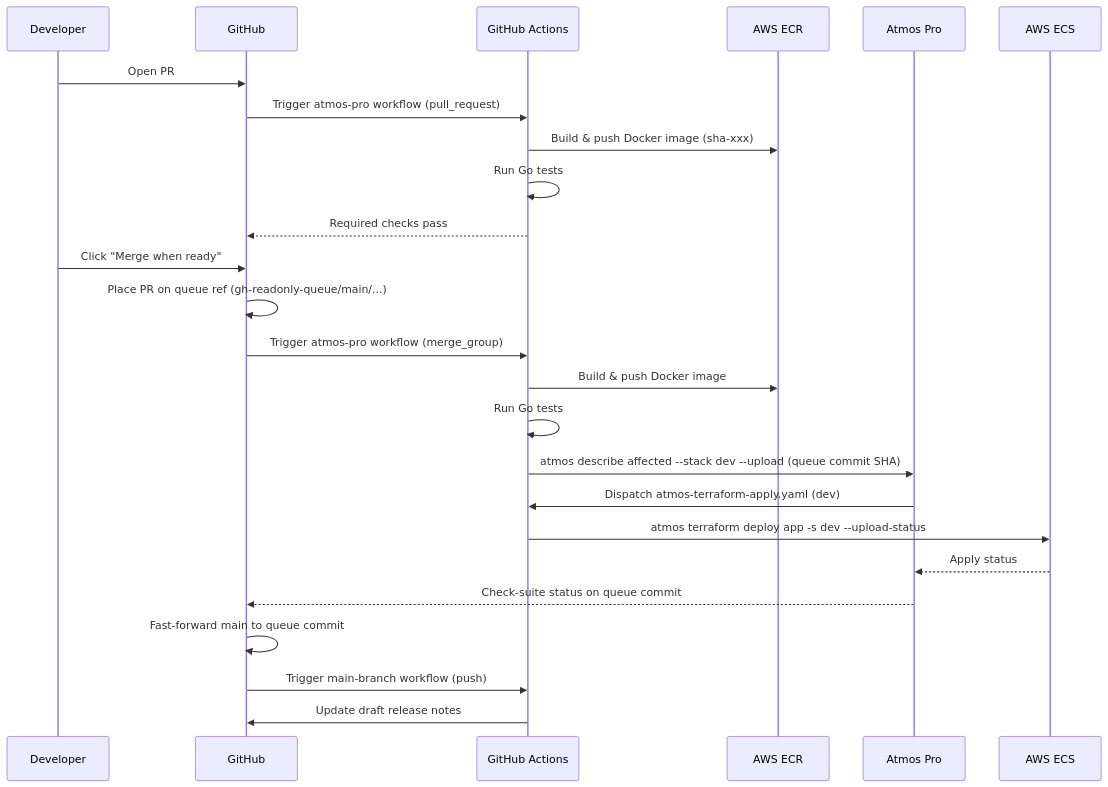
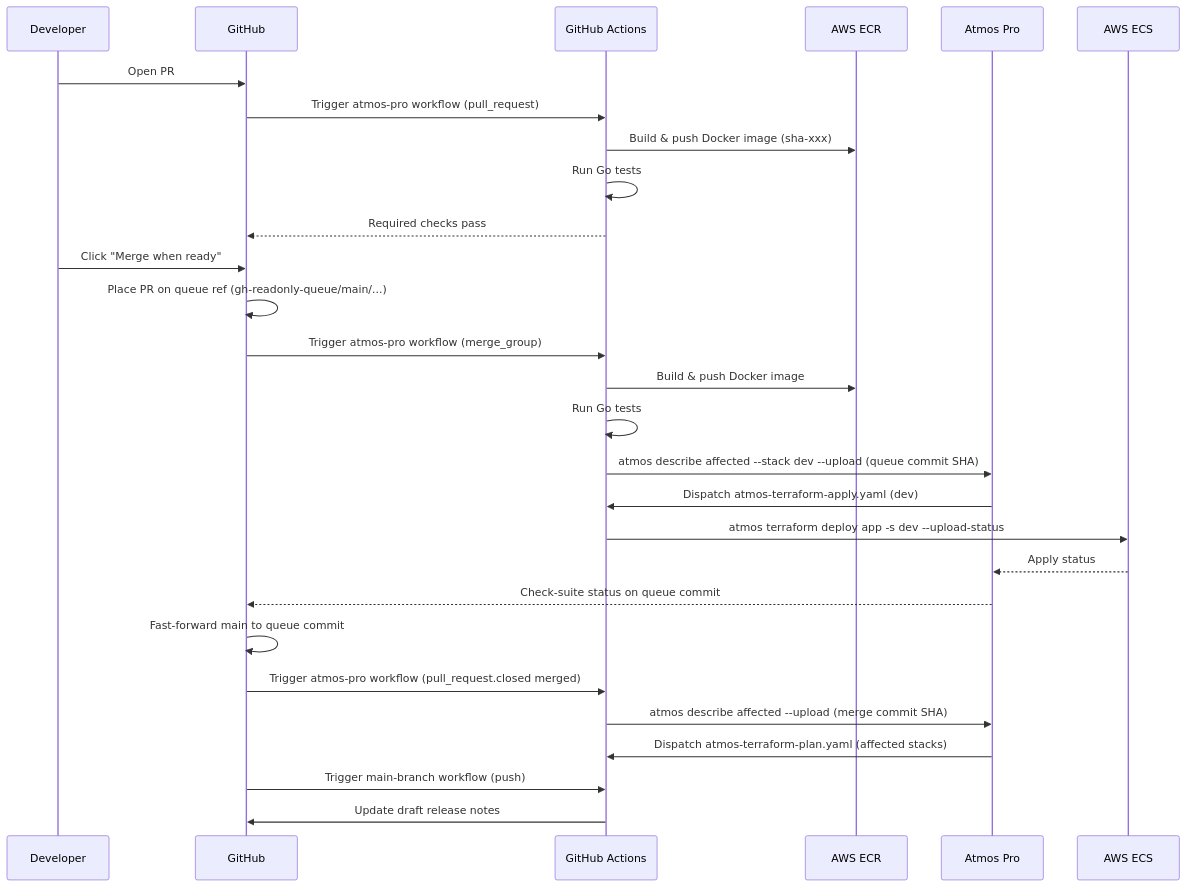
Before and after one commit to cloudposse-examples/atmos-pro-with-ecs: the first of 5 diagrams in .github/workflows/README.md, drawn with Mermaid. The commit also changed other lines of this file and 5 other files, not shown here.

Commit message:
Restore post-merge Atmos Pro visibility (#10)

````diff
--- a/.github/workflows/README.md
+++ b/.github/workflows/README.md
@@ -49,28 +49,31 @@
 ```mermaid
 sequenceDiagram
     participant Dev as Developer
     participant GH as GitHub
     participant GA as GitHub Actions
     participant ECR as AWS ECR
     participant AP as Atmos Pro
     participant ECS as AWS ECS
 
     Dev->>GH: Open PR
     GH->>GA: Trigger atmos-pro workflow (pull_request)
     GA->>ECR: Build & push Docker image (sha-xxx)
     GA->>GA: Run Go tests
     GA-->>GH: Required checks pass
     Dev->>GH: Click "Merge when ready"
     GH->>GH: Place PR on queue ref (gh-readonly-queue/main/...)
     GH->>GA: Trigger atmos-pro workflow (merge_group)
     GA->>ECR: Build & push Docker image
     GA->>GA: Run Go tests
     GA->>AP: atmos describe affected --stack dev --upload (queue commit SHA)
     AP->>GA: Dispatch atmos-terraform-apply.yaml (dev)
     GA->>ECS: atmos terraform deploy app -s dev --upload-status
     ECS-->>AP: Apply status
     AP-->>GH: Check-suite status on queue commit
     GH->>GH: Fast-forward main to queue commit
+    GH->>GA: Trigger atmos-pro workflow (pull_request.closed merged)
+    GA->>AP: atmos describe affected --upload (merge commit SHA)
+    AP->>GA: Dispatch atmos-terraform-plan.yaml (affected stacks)
     GH->>GA: Trigger main-branch workflow (push)
     GA->>GH: Update draft release notes
 ```
````
